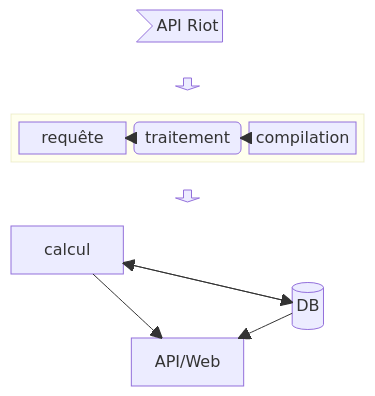
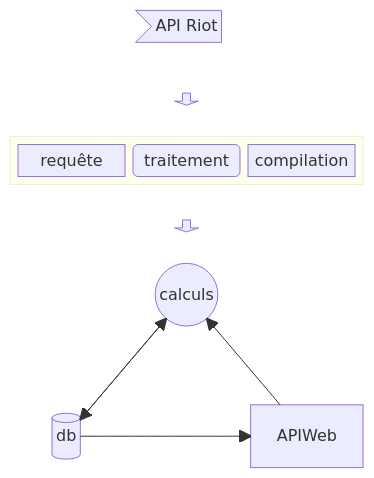
One commit to tom-favereau/ASE_Katia_Alicia_Alexandre_Tom changed the diagram in README.md. Above: the diagram before and after it, drawn with Mermaid.

````diff
--- a/README.md
+++ b/README.md
@@ -68,22 +68,22 @@
 ```mermaid
 block-beta
     columns 3
     doc>"API Riot"]:3
     space down1<[" "]>(down) space
 
   block:e:3
           l["requête"]
           m("traitement")
           r["compilation"]
   end
     space down2<[" "]>(down) space
-    calcul
+    calculs(("calculs")):3
     space:3
-    db[("DB")]:3 space API/Web
-    db --> calcul
-    calcul --> db
-    db --> API/Web
-    calcul --> API/Web
-    m --> l 
-    r --> m
+    db[("db")]
+    db space APIWeb
+    calculs --> db
+    APIWeb --> calculs
+    db --> APIWeb
+    db --> calculs
+    
 ```
````
